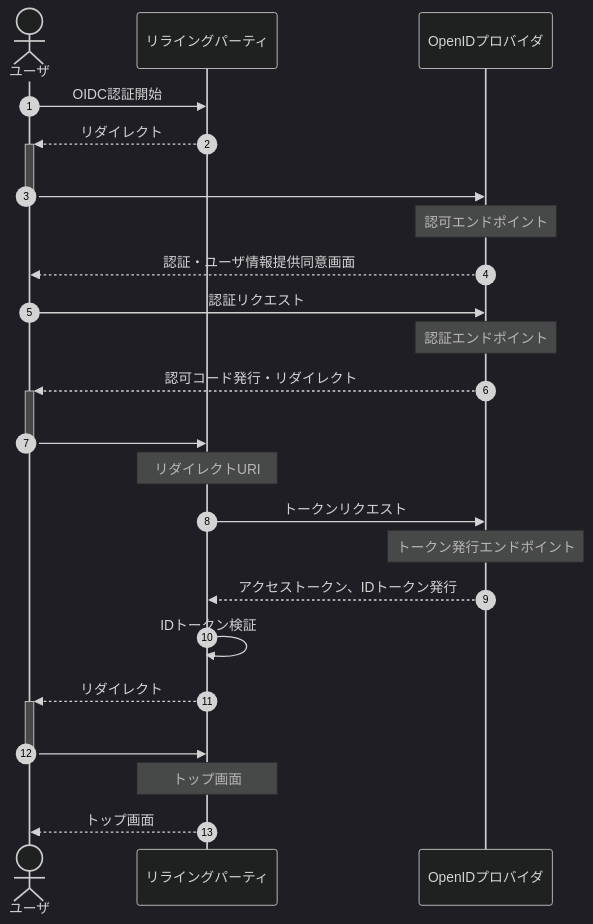
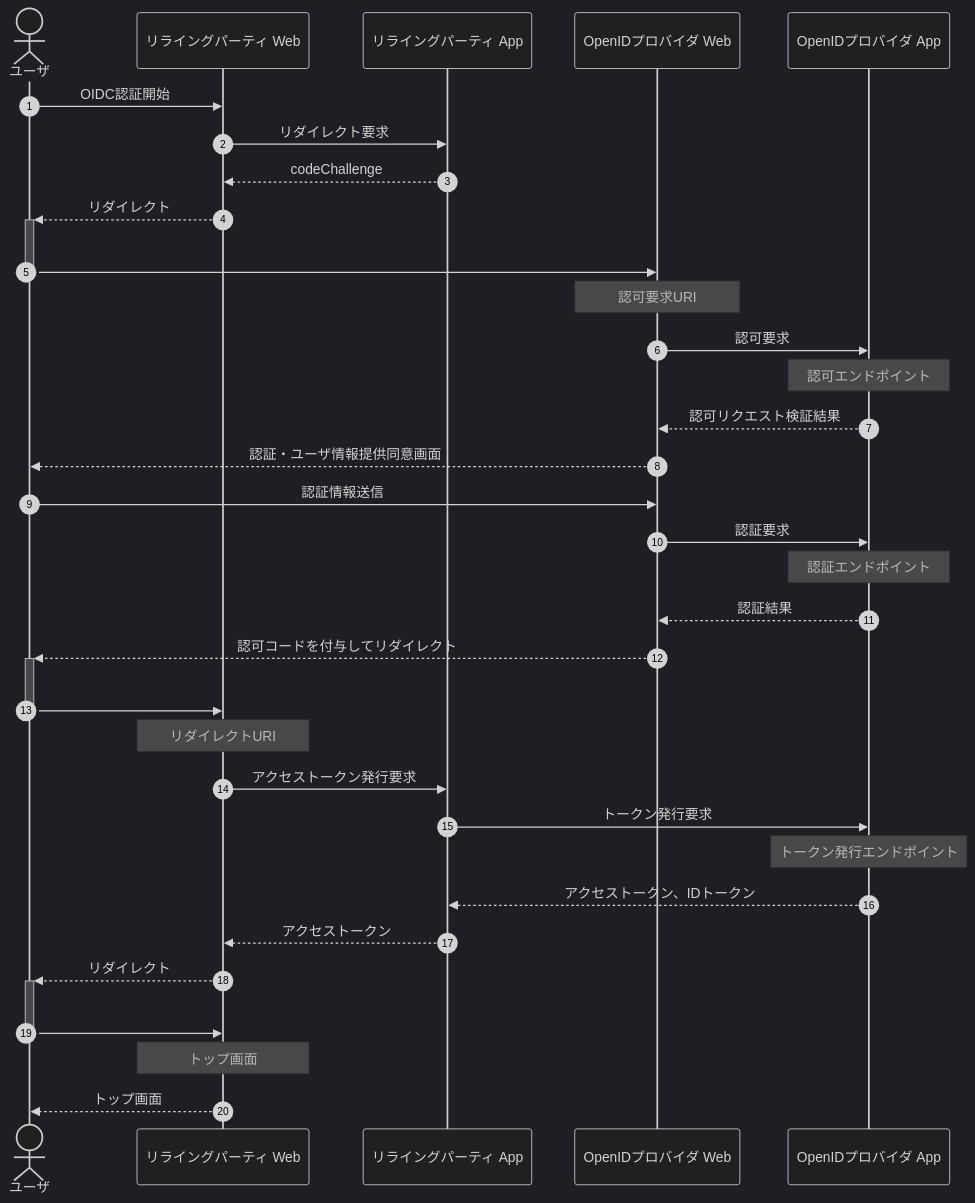
Before and after one commit to nob-islan/nob-openid-connect: the diagram in docs/business-sequence/README.md, drawn with Mermaid.

Commit message:
web, appに分けてシーケンスを記載

````diff
--- a/docs/business-sequence/README.md
+++ b/docs/business-sequence/README.md
@@ -3,27 +3,37 @@
 ```mermaid
 %%{init:{'theme':'dark'}}%%
 sequenceDiagram
 autonumber
     actor user as ユーザ
-    participant relying_party as リライングパーティ
-    participant oid_provider as OpenIDプロバイダ
+    participant rp_web as リライングパーティ Web
+    participant rp_app as リライングパーティ App
+    participant op_web as OpenIDプロバイダ Web
+    participant op_app as OpenIDプロバイダ App
 
-    user->>relying_party: OIDC認証開始
-    relying_party-->>+user: リダイレクト
-    user->>-oid_provider: <br>
-    Note over oid_provider: 認可エンドポイント
-    oid_provider-->>user: 認証・ユーザ情報提供同意画面
-    user->>oid_provider: 認証リクエスト
-    Note over oid_provider: 認証エンドポイント
-    oid_provider-->>+user: 認可コード発行・リダイレクト
-    user->>-relying_party: <br>
-    Note over relying_party: リダイレクトURI
-    relying_party->>oid_provider: トークンリクエスト
-    Note over oid_provider: トークン発行エンドポイント
-    oid_provider-->>relying_party: アクセストークン、IDトークン発行
-    relying_party->>relying_party: IDトークン検証
-    relying_party-->>+user: リダイレクト
-    user->>-relying_party: <br>
-    Note over relying_party: トップ画面
-    relying_party-->>user: トップ画面
+    user->>rp_web: OIDC認証開始
+    rp_web->>rp_app: リダイレクト要求
+    rp_app-->>rp_web: codeChallenge
+    rp_web-->>+user: リダイレクト
+    user->>-op_web: <br>
+    Note over op_web: 認可要求URI
+    op_web->>op_app: 認可要求
+    Note over op_app: 認可エンドポイント
+    op_app-->>op_web: 認可リクエスト検証結果
+    op_web-->>user: 認証・ユーザ情報提供同意画面
+    user->>op_web: 認証情報送信
+    op_web->>op_app: 認証要求
+    Note over op_app: 認証エンドポイント
+    op_app-->>op_web: 認証結果
+    op_web-->>+user: 認可コードを付与してリダイレクト
+    user->>-rp_web: <br>
+    Note over rp_web: リダイレクトURI
+    rp_web->>rp_app: アクセストークン発行要求
+    rp_app->>op_app: トークン発行要求
+    Note over op_app: トークン発行エンドポイント
+    op_app-->>rp_app: アクセストークン、IDトークン
+    rp_app-->>rp_web: アクセストークン
+    rp_web-->>+user: リダイレクト
+    user->>-rp_web: <br>
+    Note over rp_web: トップ画面
+    rp_web-->>user: トップ画面
 ```
````
